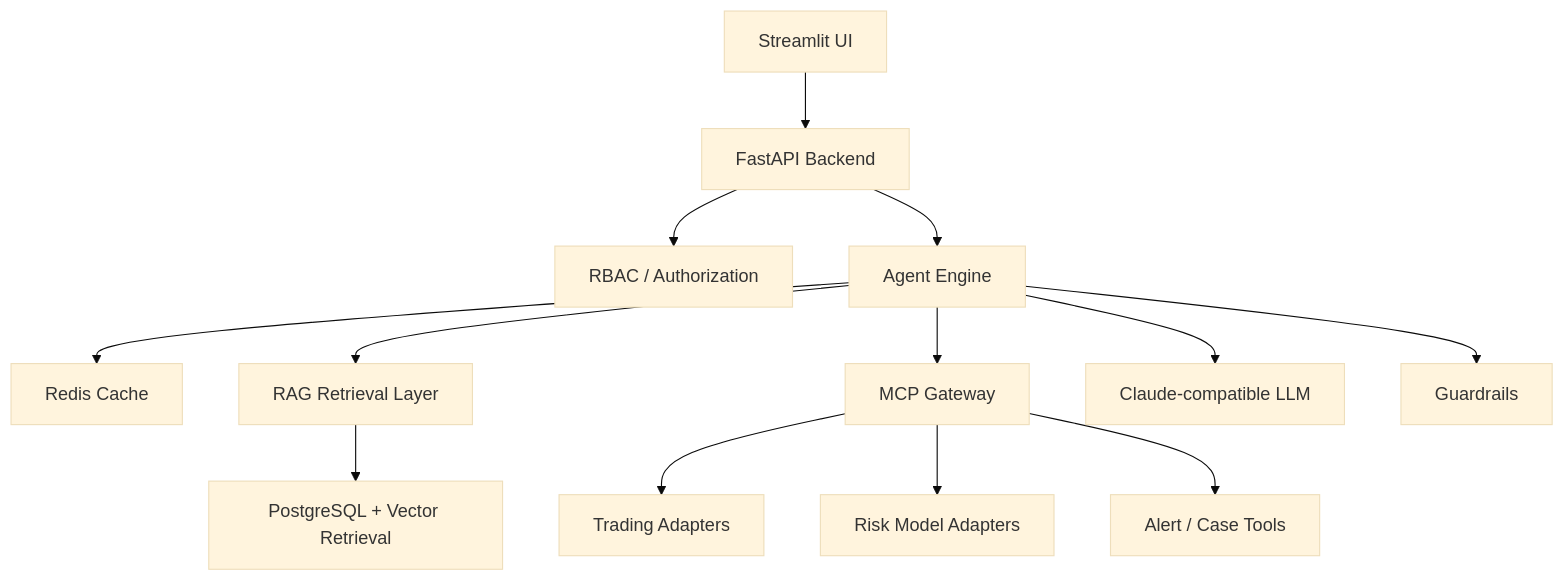
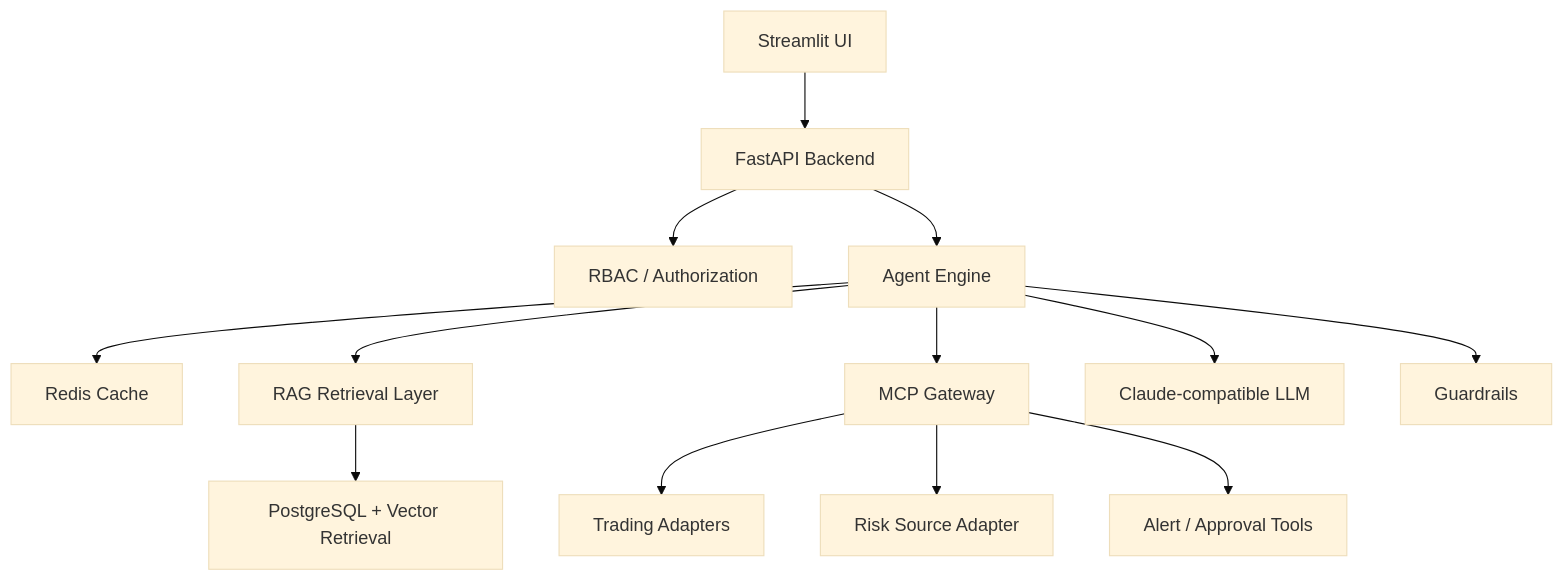
Before and after one commit to harrysmithliu/mcp-gateway-agents: the diagram in README.md, drawn with Mermaid (base theme). The commit also changed other lines of this file and 4 other files, not shown here.

````diff
--- a/README.md
+++ b/README.md
@@ -40,17 +40,17 @@
 ```mermaid
 flowchart TD
     UI["Streamlit UI"] --> API["FastAPI Backend"]
     API --> RBAC["RBAC / Authorization"]
     API --> AGENT["Agent Engine"]
 
     AGENT --> REDIS["Redis Cache"]
     AGENT --> RAG["RAG Retrieval Layer"]
     AGENT --> MCP["MCP Gateway"]
     AGENT --> LLM["Claude-compatible LLM"]
     AGENT --> GUARD["Guardrails"]
 
     RAG --> DB["PostgreSQL + Vector Retrieval"]
     MCP --> TRADE["Trading Adapters"]
-    MCP --> RISK["Risk Model Adapters"]
-    MCP --> OPS["Alert / Case Tools"]
+    MCP --> RISK["Risk Source Adapter"]
+    MCP --> OPS["Alert / Approval Tools"]
 ```
````
